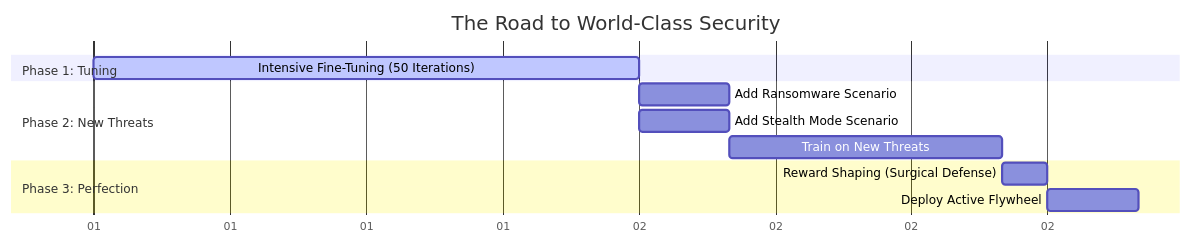
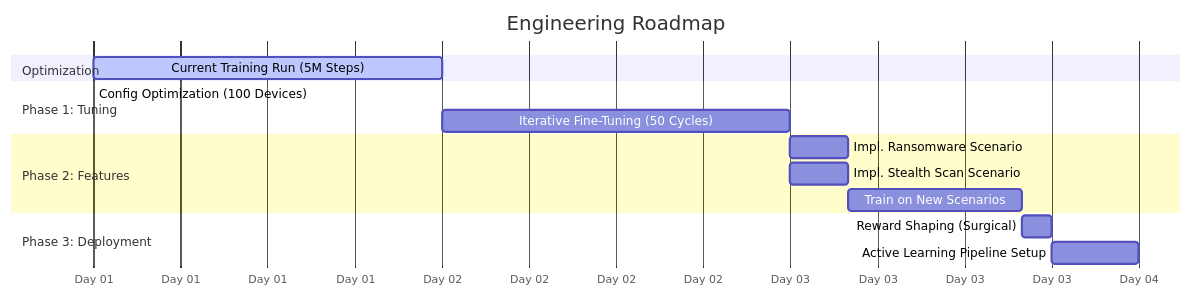
Before and after one commit to didi-09/AI_DRIVEN_SOAR: the fifth of 5 diagrams in README.md, drawn with Mermaid. The commit also changed other lines of this file, not shown here.

First line of the commit message:
Revise README for technical whitepaper and architecture details

````diff
--- a/README.md
+++ b/README.md
@@ -154,18 +158,22 @@
 ```mermaid
 gantt
-    title The Road to World-Class Security
+    title Engineering Roadmap
     dateFormat  X
-    axisFormat %d
-
+    axisFormat Day %d
+    
+    section Optimization
+    Current Training Run (5M Steps)      :active, t1, 0, 1d
+    
     section Phase 1: Tuning
-    Intensive Fine-Tuning (50 Iterations)   :active, a1, 0, 1d
-
-    section Phase 2: New Threats
-    Add Ransomware Scenario                 :a2, after a1, 4h
-    Add Stealth Mode Scenario               :a3, after a1, 4h
-    Train on New Threats                    :a4, after a2, 12h
-
-    section Phase 3: Perfection
-    Reward Shaping (Surgical Defense)       :a5, after a4, 2h
-    Deploy Active Flywheel                  :a6, after a5, 4h
+    Config Optimization (100 Devices)    :done,   t2, 0, 0
+    Iterative Fine-Tuning (50 Cycles)    :         t3, after t1, 1d
+    
+    section Phase 2: Features
+    Impl. Ransomware Scenario            :         t4, after t3, 4h
+    Impl. Stealth Scan Scenario          :         t5, after t3, 4h
+    Train on New Scenarios               :         t6, after t5, 12h
+    
+    section Phase 3: Deployment
+    Reward Shaping (Surgical)            :         t7, after t6, 2h
+    Active Learning Pipeline Setup       :         t8, after t7, 6h
 ```
````
